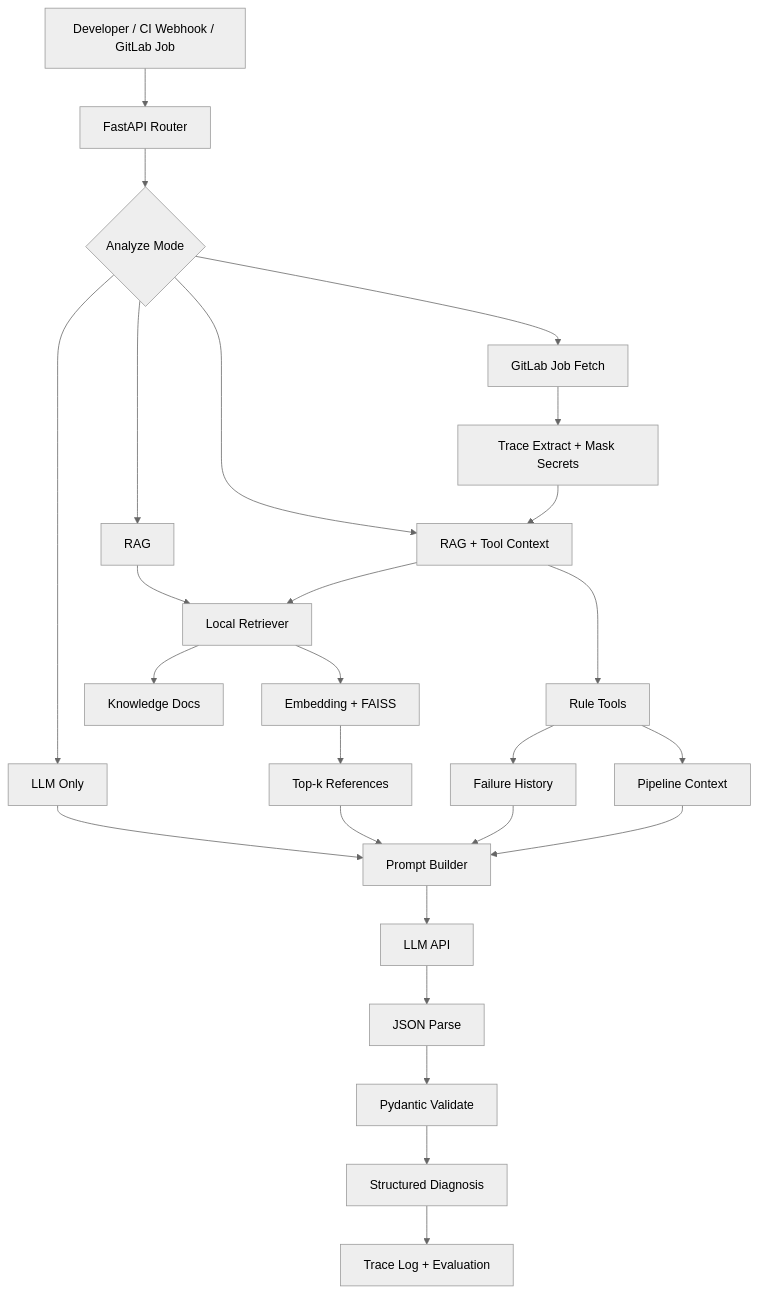
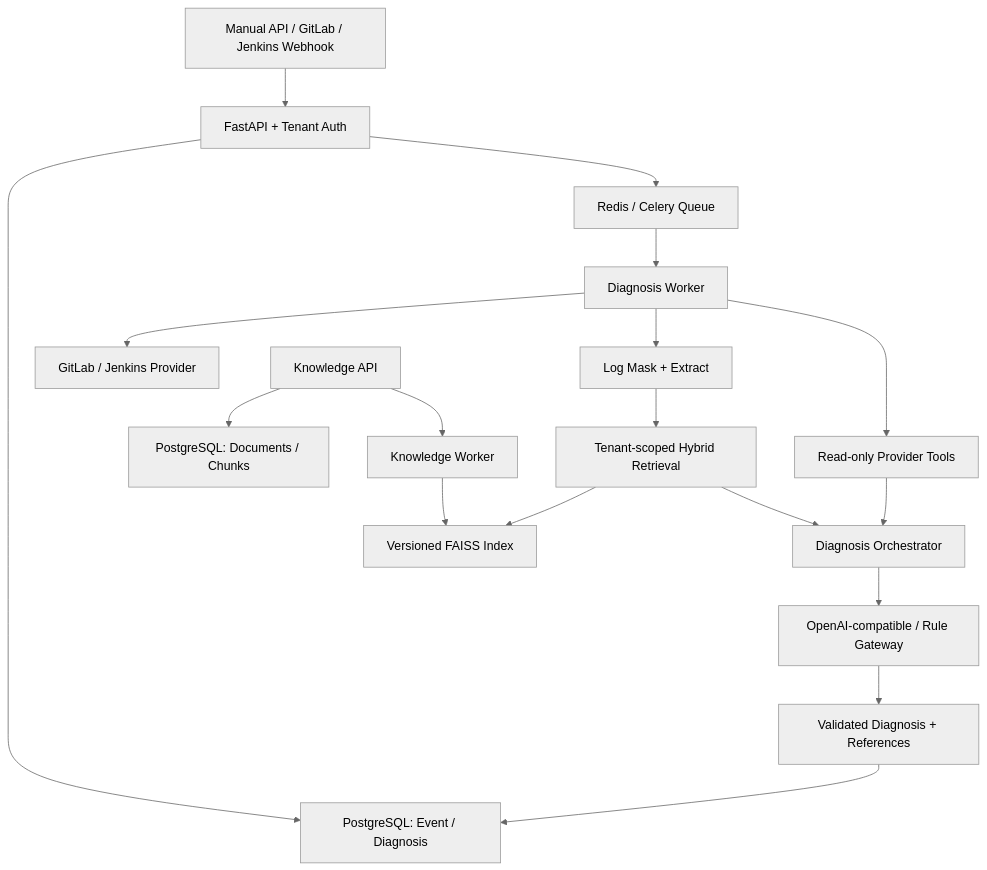
Before and after one commit to goblinM/ci-assistant-platform: the diagram in README.md, drawn with Mermaid (neutral theme). The commit also changed other lines of this file and 6 other files, not shown here.

````diff
--- a/README.md
+++ b/README.md
@@ -37,32 +37,21 @@
 ```mermaid
 flowchart TD
-    A["Developer / CI Webhook / GitLab Job"] --> B["FastAPI Router"]
-    B --> C{"Analyze Mode"}
-    C --> D["LLM Only"]
-    C --> E["RAG"]
-    C --> F["RAG + Tool Context"]
-    C --> G["GitLab Job Fetch"]
+    A["Manual API / GitLab / Jenkins Webhook"] --> B["FastAPI + Tenant Auth"]
+    B --> C["PostgreSQL: Event / Diagnosis"]
+    B --> D["Redis / Celery Queue"]
+    D --> E["Diagnosis Worker"]
+    E --> F["GitLab / Jenkins Provider"]
+    E --> G["Log Mask + Extract"]
+    G --> H["Tenant-scoped Hybrid Retrieval"]
+    H --> I["Versioned FAISS Index"]
+    E --> J["Read-only Provider Tools"]
+    H --> K["Diagnosis Orchestrator"]
+    J --> K
+    K --> L["OpenAI-compatible / Rule Gateway"]
+    L --> M["Validated Diagnosis + References"]
+    M --> C
 
-    G --> H["Trace Extract + Mask Secrets"]
-    H --> F
-
-    E --> I["Local Retriever"]
-    F --> I
-    I --> J["Knowledge Docs"]
-    I --> K["Embedding + FAISS"]
-    K --> L["Top-k References"]
-
-    F --> M["Rule Tools"]
-    M --> N["Failure History"]
-    M --> O["Pipeline Context"]
-
-    D --> P["Prompt Builder"]
-    L --> P
-    N --> P
-    O --> P
-    P --> Q["LLM API"]
-    Q --> R["JSON Parse"]
-    R --> S["Pydantic Validate"]
-    S --> T["Structured Diagnosis"]
-    T --> U["Trace Log + Evaluation"]
+    N["Knowledge API"] --> O["PostgreSQL: Documents / Chunks"]
+    N --> P["Knowledge Worker"]
+    P --> I
 ```
````
